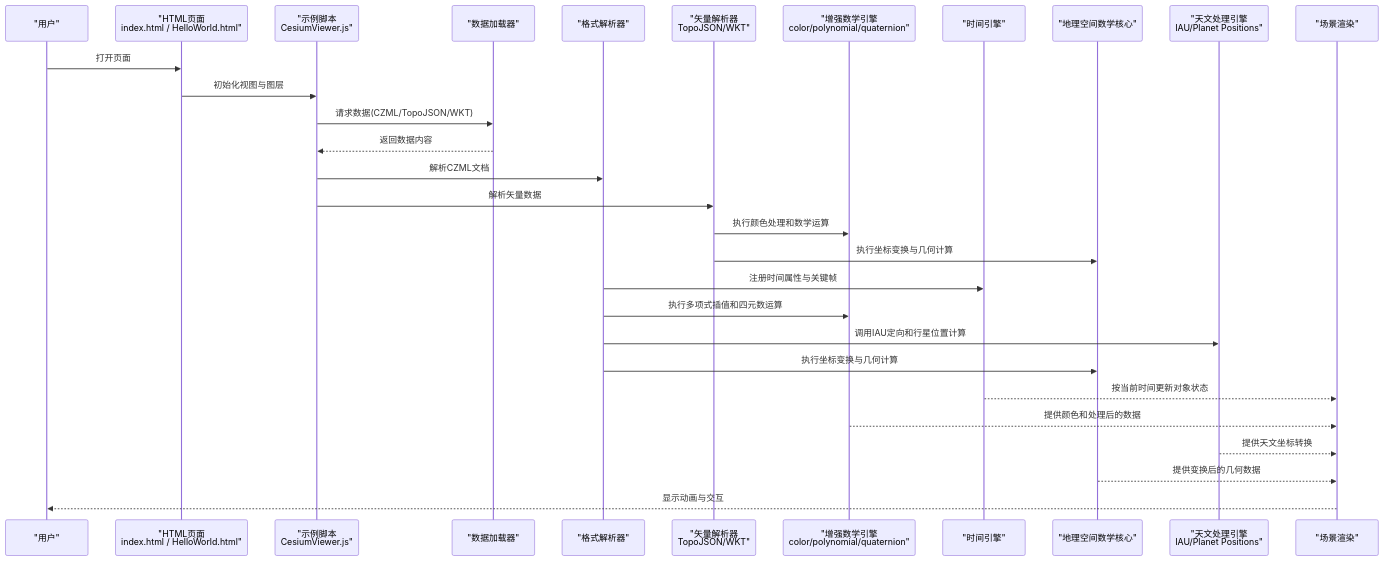
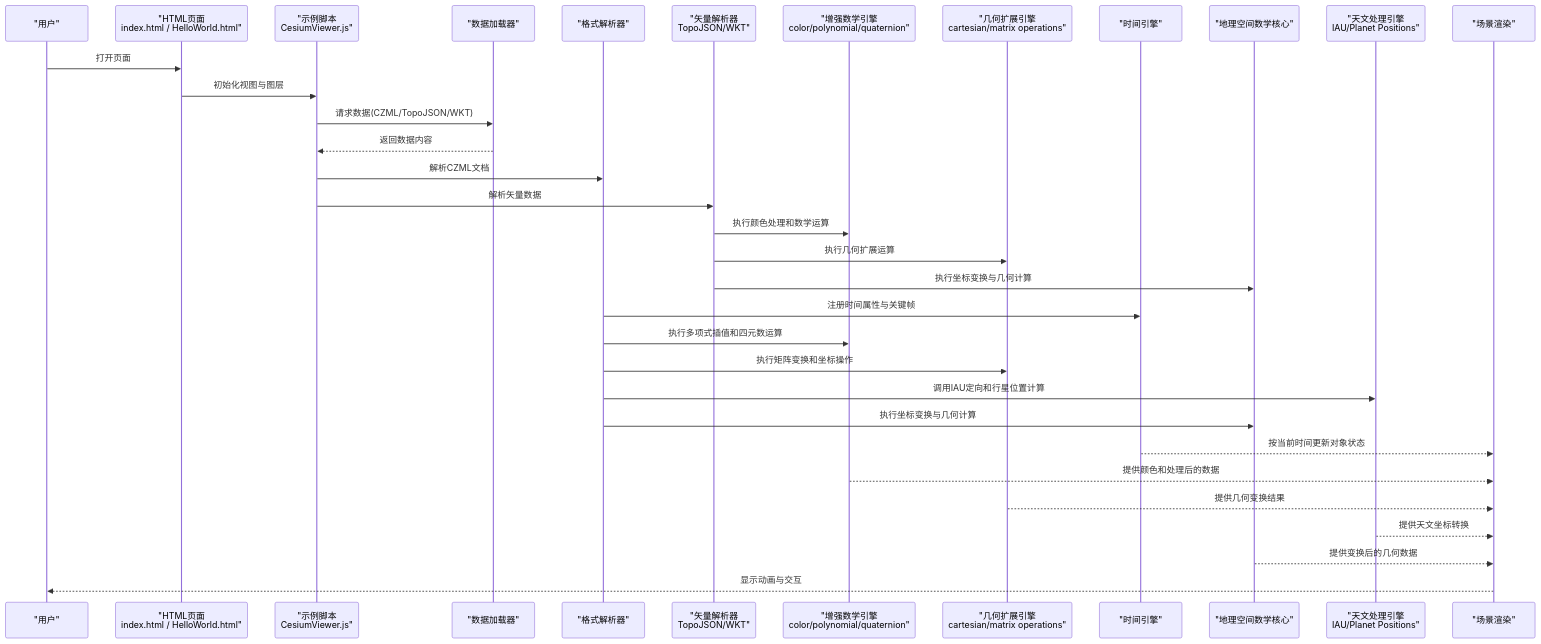
The second of 14 diagrams in .qoder/repowiki/zh/content/项目概述/核心特性/地理空间数据处理/地理空间数据处理.md (rzhangjing/cesium), drawn with Mermaid before and after one commit. The commit also changed other lines of this file and 32 other files, not shown here.

````diff
--- a/.qoder/repowiki/zh/content/项目概述/核心特性/地理空间数据处理/地理空间数据处理.md
+++ b/.qoder/repowiki/zh/content/项目概述/核心特性/地理空间数据处理/地理空间数据处理.md
@@ -162,31 +174,35 @@
 ```mermaid
 sequenceDiagram
 participant U as "用户"
 participant HTML as "HTML页面<br/>index.html / HelloWorld.html"
 participant JS as "示例脚本<br/>CesiumViewer.js"
 participant Loader as "数据加载器"
 participant Parser as "格式解析器"
 participant VectorParser as "矢量解析器<br/>TopoJSON/WKT"
 participant MathEngine as "增强数学引擎<br/>color/polynomial/quaternion"
+participant GeoExtensions as "几何扩展引擎<br/>cartesian/matrix operations"
 participant Time as "时间引擎"
 participant GeoMath as "地理空间数学核心"
 participant AstroEngine as "天文处理引擎<br/>IAU/Planet Positions"
 participant Scene as "场景渲染"
 U->>HTML : 打开页面
 HTML->>JS : 初始化视图与图层
 JS->>Loader : 请求数据(CZML/TopoJSON/WKT)
 Loader-->>JS : 返回数据内容
 JS->>Parser : 解析CZML文档
 JS->>VectorParser : 解析矢量数据
 VectorParser->>MathEngine : 执行颜色处理和数学运算
+VectorParser->>GeoExtensions : 执行几何扩展运算
 VectorParser->>GeoMath : 执行坐标变换与几何计算
 Parser->>Time : 注册时间属性与关键帧
 Parser->>MathEngine : 执行多项式插值和四元数运算
+Parser->>GeoExtensions : 执行矩阵变换和坐标操作
 Parser->>AstroEngine : 调用IAU定向和行星位置计算
 Parser->>GeoMath : 执行坐标变换与几何计算
 Time-->>Scene : 按当前时间更新对象状态
 MathEngine-->>Scene : 提供颜色和处理后的数据
+GeoExtensions-->>Scene : 提供几何变换结果
 AstroEngine-->>Scene : 提供天文坐标转换
 GeoMath-->>Scene : 提供变换后的几何数据
 Scene-->>U : 显示动画与交互
 ```
````
